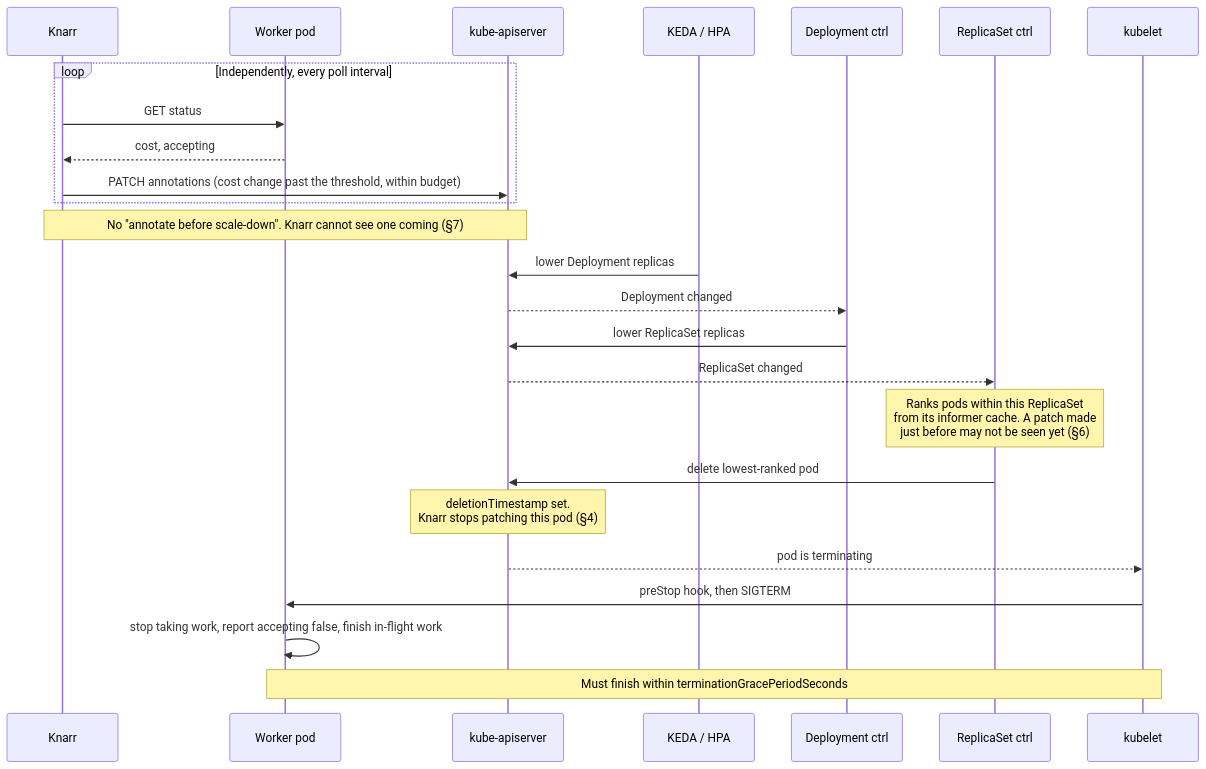
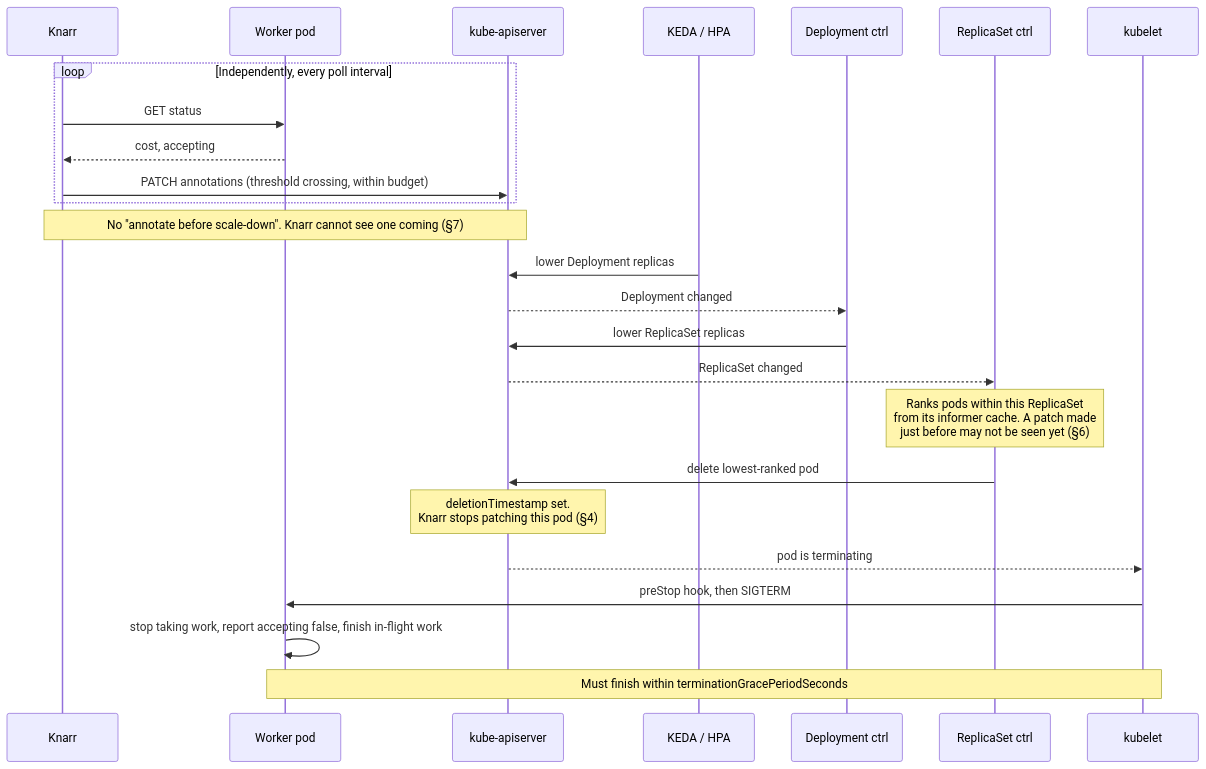
One commit to steven-cutting/knarr changed the fourth of 10 diagrams in docs/OVERVIEW.md. Above: the diagram before and after it, drawn with Mermaid. The commit also changed other lines of this file and 12 other files, not shown here.

First line of the commit message:
Replace the change threshold with cost thresholds for ticket 20

````diff
--- a/docs/OVERVIEW.md
+++ b/docs/OVERVIEW.md
@@ -171,27 +171,27 @@
 ```mermaid
 sequenceDiagram
     participant K as Knarr
     participant W as Worker pod
     participant API as kube-apiserver
     participant S as KEDA / HPA
     participant D as Deployment ctrl
     participant RS as ReplicaSet ctrl
     participant KL as kubelet
     loop Independently, every poll interval
         K->>W: GET status
         W-->>K: cost, accepting
-        K->>API: PATCH annotations (cost change past the threshold, within budget)
+        K->>API: PATCH annotations (threshold crossing, within budget)
     end
     Note over K,API: No "annotate before scale-down". Knarr cannot see one coming (§7)
     S->>API: lower Deployment replicas
     API-->>D: Deployment changed
     D->>API: lower ReplicaSet replicas
     API-->>RS: ReplicaSet changed
     Note over RS: Ranks pods within this ReplicaSet<br/>from its informer cache. A patch made<br/>just before may not be seen yet (§6)
     RS->>API: delete lowest-ranked pod
     Note over API: deletionTimestamp set.<br/>Knarr stops patching this pod (§4)
     API-->>KL: pod is terminating
     KL->>W: preStop hook, then SIGTERM
     W->>W: stop taking work, report accepting false, finish in-flight work
     Note over KL,W: Must finish within terminationGracePeriodSeconds
 ```
````
